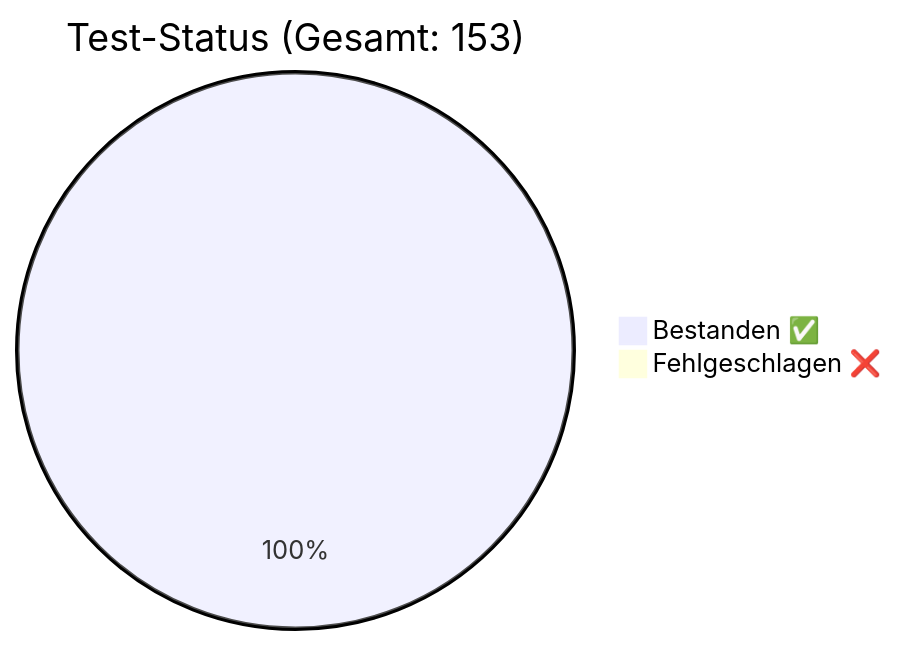
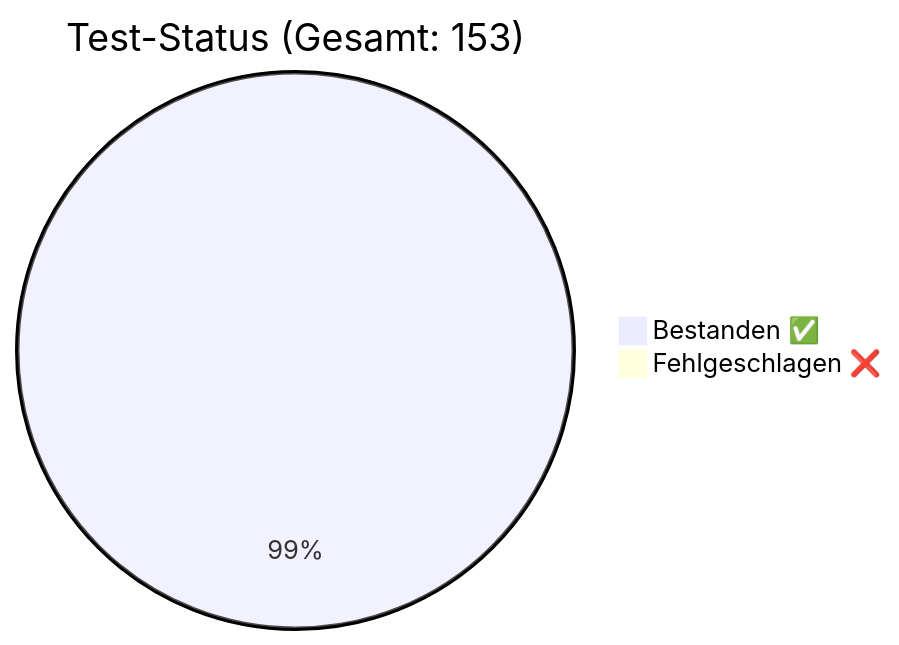
Before and after one commit to rorila/GCS: the diagram in docs/QA_Report.md, drawn with Mermaid. The commit also changed other lines of this file and 7 other files, not shown here.

````diff
--- a/docs/QA_Report.md
+++ b/docs/QA_Report.md
@@ -7,5 +7,5 @@
 ```mermaid
 pie title Test-Status (Gesamt: 153)
-    "Bestanden ✅" : 153
-    "Fehlgeschlagen ❌" : 0
+    "Bestanden ✅" : 152
+    "Fehlgeschlagen ❌" : 1
 ```
````
